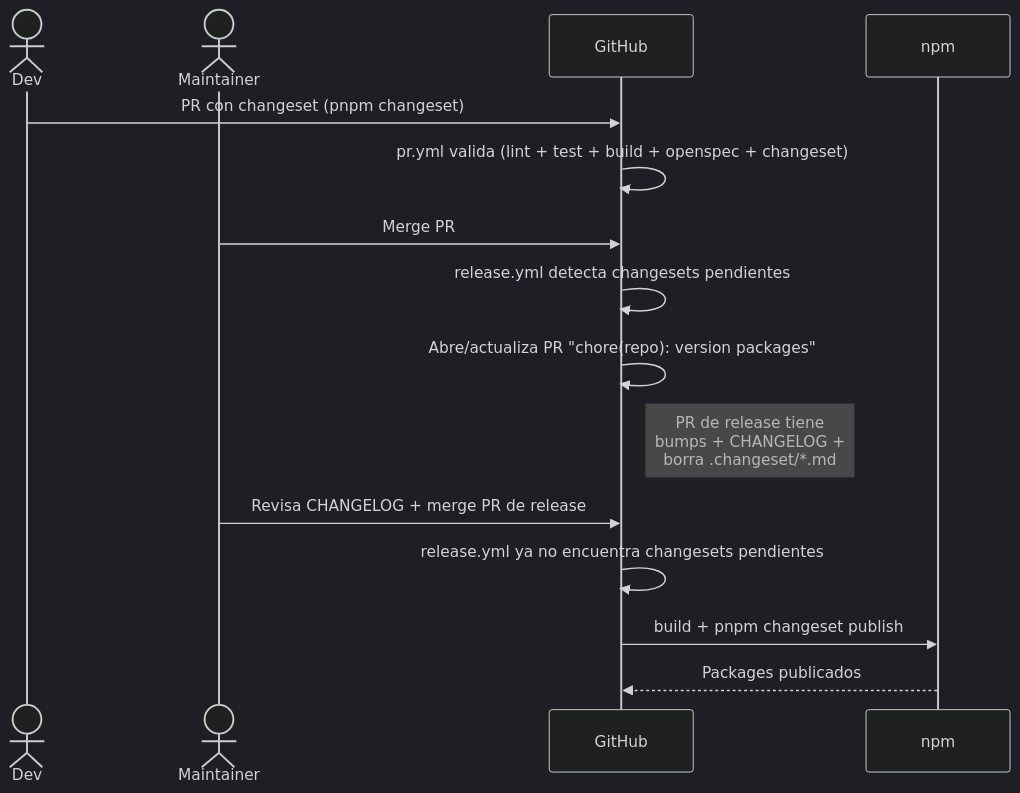
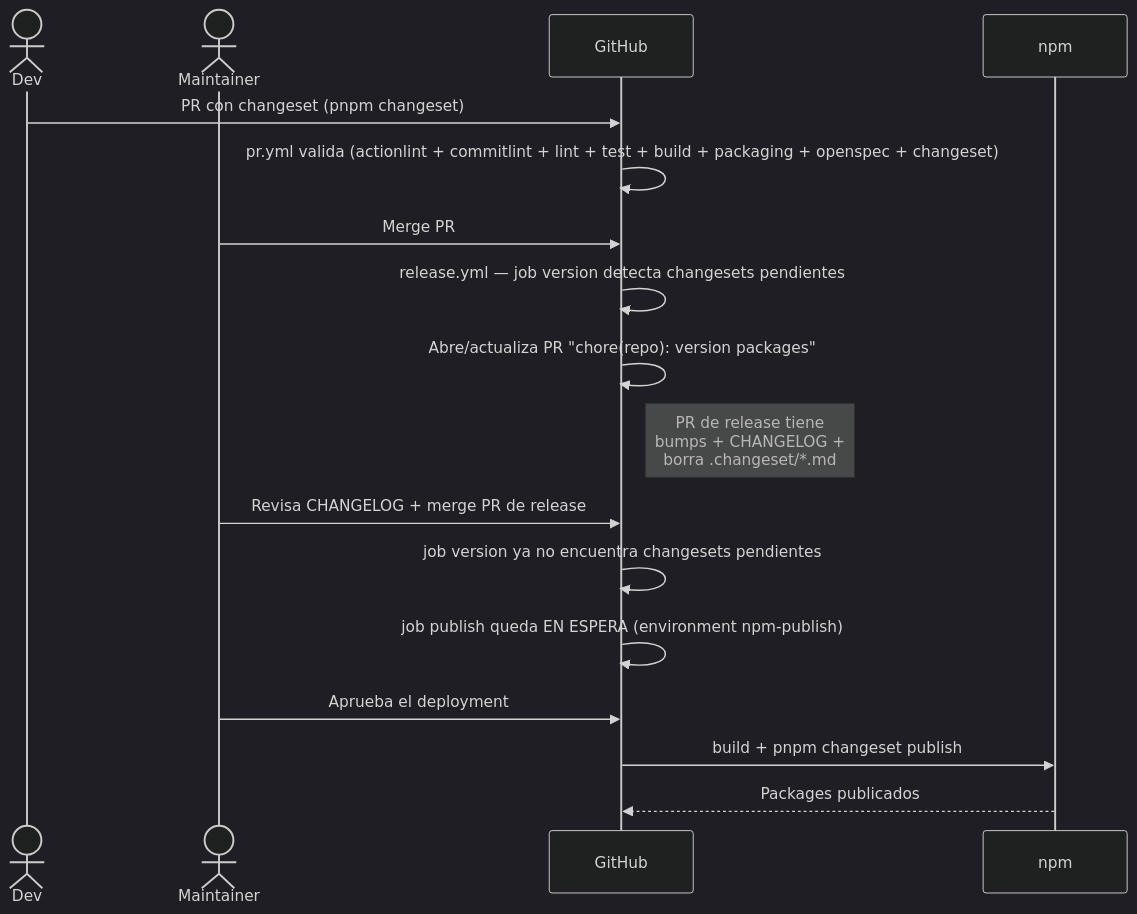
One commit to roman-martini/design-system changed the diagram in CONTRIBUTING.md. Above: the diagram before and after it, drawn with Mermaid (dark theme). The commit also changed other lines of this file and 20 other files, not shown here.

````diff
--- a/CONTRIBUTING.md
+++ b/CONTRIBUTING.md
@@ -166,18 +173,20 @@
 ```mermaid
 sequenceDiagram
     actor Dev
     actor Maintainer
     participant GH as GitHub
     participant NPM as npm
 
     Dev->>GH: PR con changeset (pnpm changeset)
-    GH->>GH: pr.yml valida (lint + test + build + openspec + changeset)
+    GH->>GH: pr.yml valida (actionlint + commitlint + lint + test + build + packaging + openspec + changeset)
     Maintainer->>GH: Merge PR
-    GH->>GH: release.yml detecta changesets pendientes
+    GH->>GH: release.yml — job version detecta changesets pendientes
     GH->>GH: Abre/actualiza PR "chore(repo): version packages"
     Note right of GH: PR de release tiene<br/>bumps + CHANGELOG +<br/>borra .changeset/*.md
     Maintainer->>GH: Revisa CHANGELOG + merge PR de release
-    GH->>GH: release.yml ya no encuentra changesets pendientes
+    GH->>GH: job version ya no encuentra changesets pendientes
+    GH->>GH: job publish queda EN ESPERA (environment npm-publish)
+    Maintainer->>GH: Aprueba el deployment
     GH->>NPM: build + pnpm changeset publish
     NPM-->>GH: Packages publicados
 ```
````
